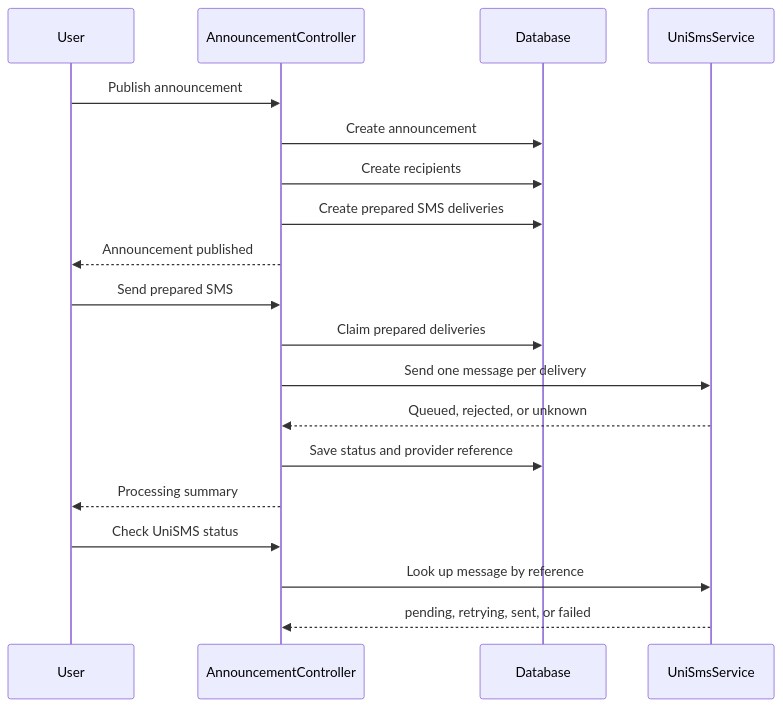
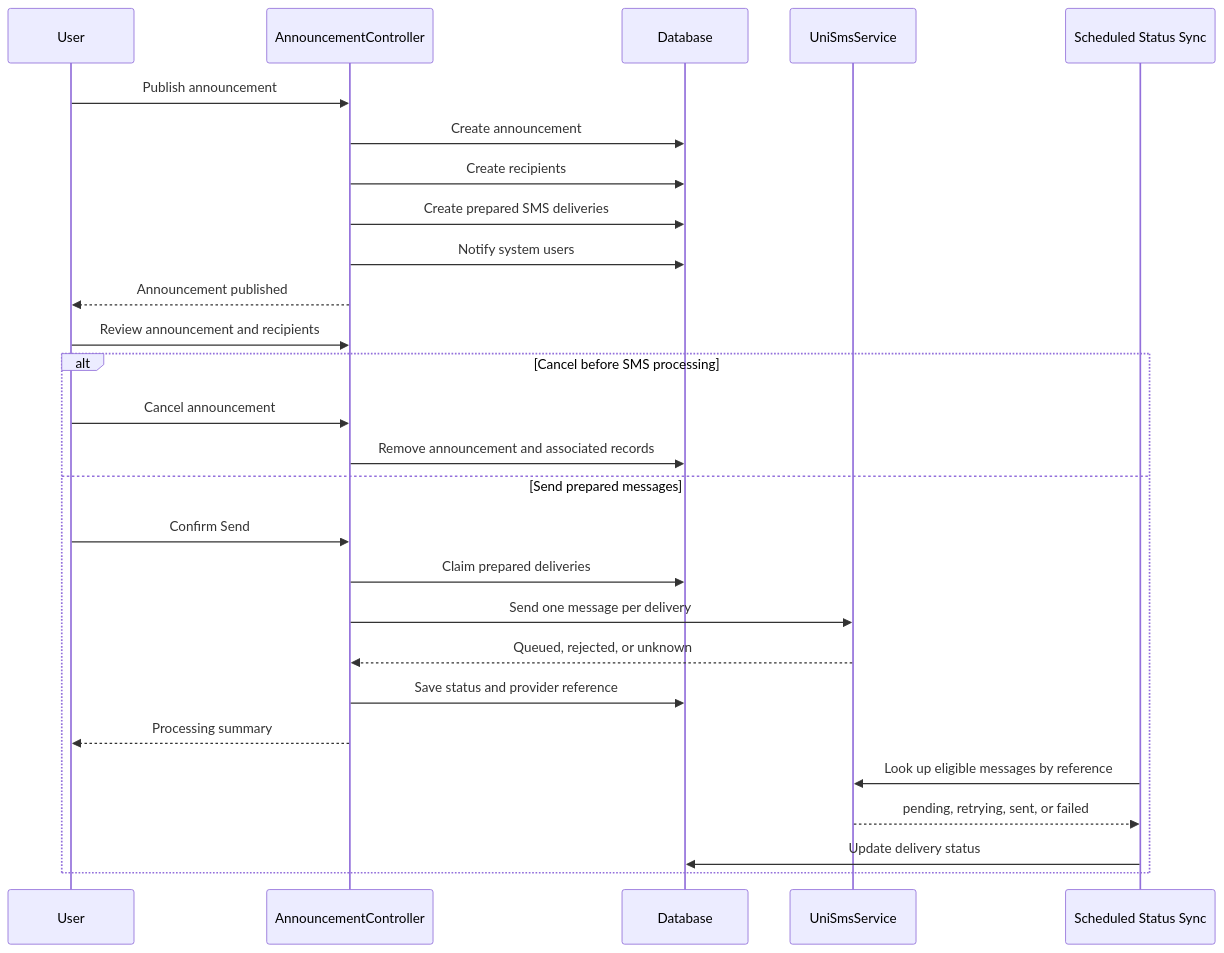
Diagram 11 of 18 in README.md (Jayrick-Malinao/EWebsite), drawn with Mermaid before and after one commit. The commit also changed other lines of this file and 12 other files, not shown here.

Commit message:
Improve announcement SMS handling and redesign welcome page

````diff
--- a/README.md
+++ b/README.md
@@ -248,22 +274,30 @@
 ```mermaid
 sequenceDiagram
     participant User
     participant Controller as AnnouncementController
     participant DB as Database
     participant SMS as UniSmsService
+    participant Scheduler as Scheduled Status Sync
 
     User->>Controller: Publish announcement
     Controller->>DB: Create announcement
     Controller->>DB: Create recipients
     Controller->>DB: Create prepared SMS deliveries
+    Controller->>DB: Notify system users
     Controller-->>User: Announcement published
-    User->>Controller: Send prepared SMS
-    Controller->>DB: Claim prepared deliveries
-    Controller->>SMS: Send one message per delivery
-    SMS-->>Controller: Queued, rejected, or unknown
-    Controller->>DB: Save status and provider reference
-    Controller-->>User: Processing summary
-    User->>Controller: Check UniSMS status
-    Controller->>SMS: Look up message by reference
-    SMS-->>Controller: pending, retrying, sent, or failed
+    User->>Controller: Review announcement and recipients
+    alt Cancel before SMS processing
+        User->>Controller: Cancel announcement
+        Controller->>DB: Remove announcement and associated records
+    else Send prepared messages
+        User->>Controller: Confirm Send
+        Controller->>DB: Claim prepared deliveries
+        Controller->>SMS: Send one message per delivery
+        SMS-->>Controller: Queued, rejected, or unknown
+        Controller->>DB: Save status and provider reference
+        Controller-->>User: Processing summary
+        Scheduler->>SMS: Look up eligible messages by reference
+        SMS-->>Scheduler: pending, retrying, sent, or failed
+        Scheduler->>DB: Update delivery status
+    end
 ```
````
